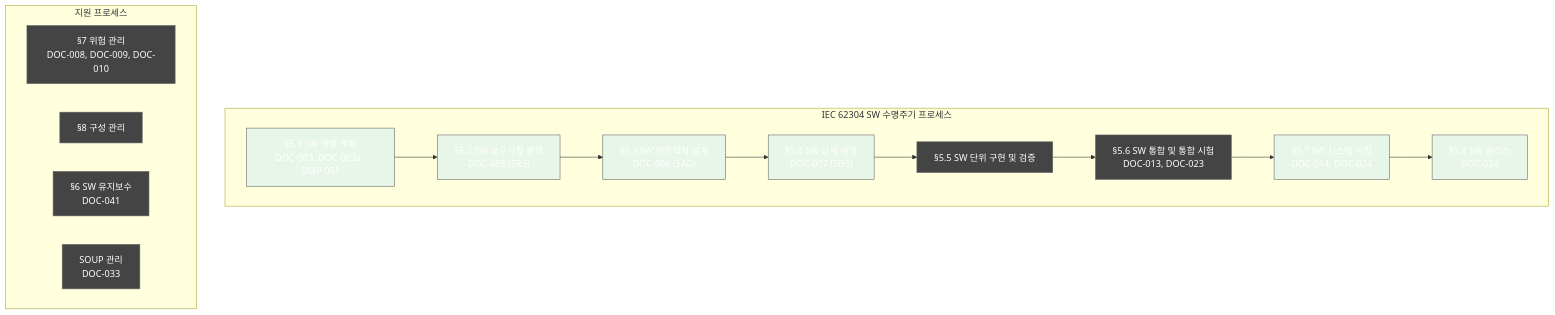
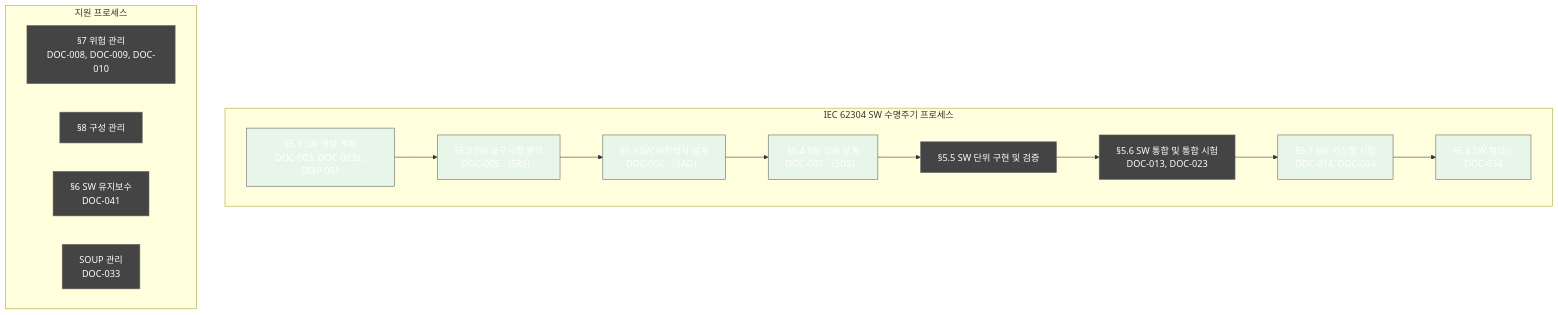
One commit to holee9/console-gui changed the third of 3 diagrams in docs/verification/CVR-002_Final_Cross_Verification_v1.0.md. Above: the diagram before and after it, drawn with Mermaid. The commit also changed other lines of this file and 22 other files, not shown here.

First line of the commit message:
fix: Mermaid flowchart 노드 내 괄호 파싱 오류 전면 수정

````diff
--- a/docs/verification/CVR-002_Final_Cross_Verification_v1.0.md
+++ b/docs/verification/CVR-002_Final_Cross_Verification_v1.0.md
@@ -244,27 +244,27 @@
 ```mermaid
 graph TD
     classDef default fill:#444,stroke:#666,color:#fff
     subgraph "IEC 62304 SW 수명주기 프로세스"
-        A["§5.1 SW 개발 계획<br/>DOC-003, DOC-003a, DMP-001"] --> B["§5.2 SW 요구사항 분석<br/>DOC-005 (SRS)"]
-        B --> C["§5.3 SW 아키텍처 설계<br/>DOC-006 (SAD)"]
-        C --> D["§5.4 SW 상세 설계<br/>DOC-007 (SDS)"]
+        A["§5.1 SW 개발 계획<br/>DOC-003, DOC-003a, DMP-001"] --> B["§5.2 SW 요구사항 분석<br/>DOC-005 （SRS）"]
+        B --> C["§5.3 SW 아키텍처 설계<br/>DOC-006 （SAD）"]
+        C --> D["§5.4 SW 상세 설계<br/>DOC-007 （SDS）"]
         D --> E["§5.5 SW 단위 구현 및 검증"]
         E --> F["§5.6 SW 통합 및 통합 시험<br/>DOC-013, DOC-023"]
         F --> G["§5.7 SW 시스템 시험<br/>DOC-014, DOC-024"]
         G --> H["§5.8 SW 릴리스<br/>DOC-034"]
     end
     
     subgraph "지원 프로세스"
         I["§7 위험 관리<br/>DOC-008, DOC-009, DOC-010"]
         J["§8 구성 관리"]
         K["§6 SW 유지보수<br/>DOC-041"]
         L["SOUP 관리<br/>DOC-033"]
     end
     
     style A fill:#e8f5e9
     style B fill:#e8f5e9
     style C fill:#e8f5e9
     style D fill:#e8f5e9
     style G fill:#e8f5e9
     style H fill:#e8f5e9
 ```
````
